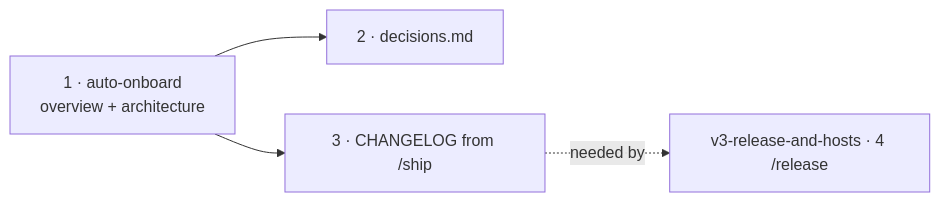
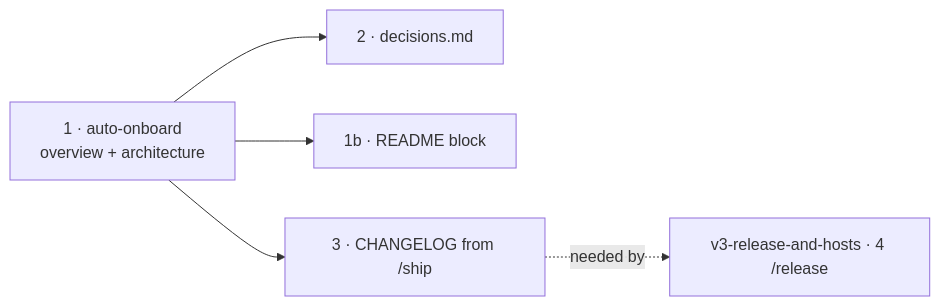
Before and after one commit to dzaffren/claude-plugin: the second of 2 diagrams in docs/specs/v3-project-memory/shape.md, drawn with Mermaid. The commit also changed other lines of this file and 2 other files, not shown here.

````diff
--- a/docs/specs/v3-project-memory/shape.md
+++ b/docs/specs/v3-project-memory/shape.md
@@ -31,6 +31,7 @@
 ```mermaid
 flowchart LR
     S1["1 · auto-onboard<br/>overview + architecture"] --> S2["2 · decisions.md"]
+    S1 --> S1b["1b · README block"]
     S1 --> S3["3 · CHANGELOG from /ship"]
     S3 -. "needed by" .-> R4["v3-release-and-hosts · 4 /release"]
 ```
````
